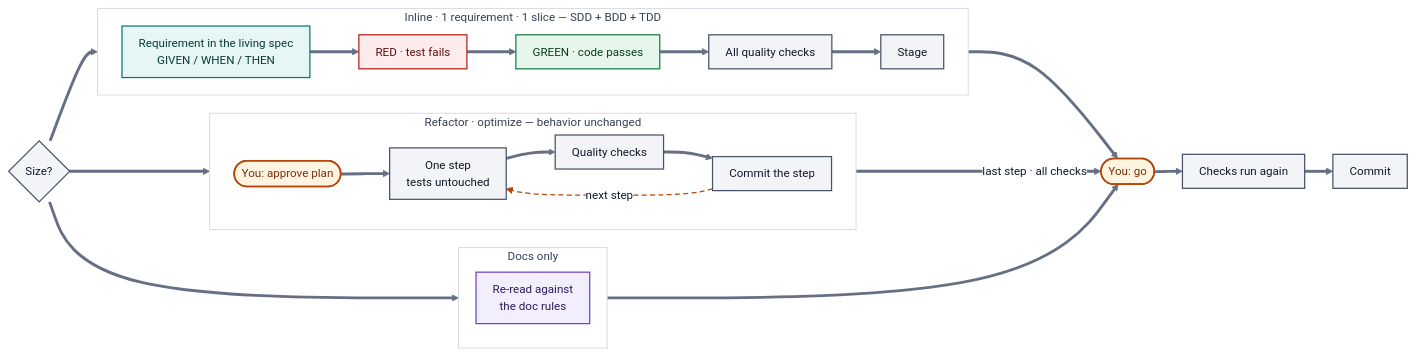
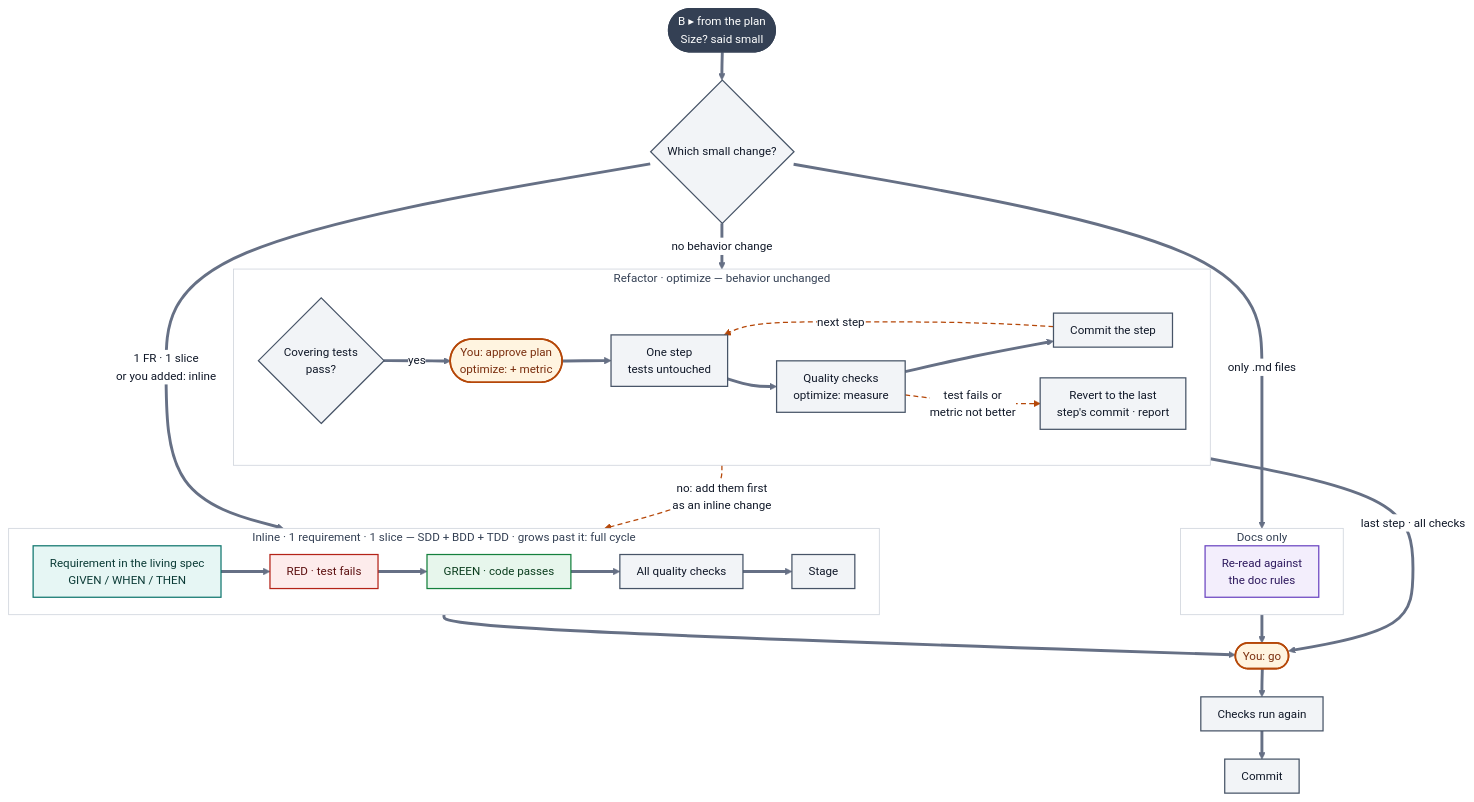
One commit to stevenhdz/spec-driven-development changed the third of 3 diagrams in README.md. Above: the diagram before and after it, drawn with Mermaid. The commit also changed other lines of this file, not shown here.

Commit message:
docs: flow diagrams show every side path and where each one continues

````diff
--- a/README.md
+++ b/README.md
@@ -165,41 +177,50 @@
 ```mermaid
 %%{init: {"theme": "base", "themeVariables": {"fontFamily": "-apple-system, BlinkMacSystemFont, Segoe UI, Noto Sans, Helvetica, Arial, sans-serif", "fontSize": "14px", "lineColor": "#667085", "primaryTextColor": "#101828", "clusterBkg": "#FFFFFF", "clusterBorder": "#D0D5DD", "edgeLabelBackground": "#FFFFFF", "titleColor": "#344054"}, "flowchart": {"curve": "basis", "nodeSpacing": 22, "rankSpacing": 34, "padding": 10}}}%%
-flowchart LR
-    SZ{"Size?"}:::auto
-    subgraph IN ["Inline · 1 requirement · 1 slice — SDD + BDD + TDD"]
+flowchart TB
+    FB(["B ▸ from the plan<br>Size? said small"]):::conn
+    SZ{"Which small change?"}:::auto
+    FB ==> SZ
+    subgraph IN ["Inline · 1 requirement · 1 slice — SDD + BDD + TDD · grows past it: full cycle"]
         direction LR
         E["Requirement in the living spec<br>GIVEN / WHEN / THEN"]:::bdd
         TR["RED · test fails"]:::red
         TG["GREEN · code passes"]:::green
         F["All quality checks"]:::auto
         FS["Stage"]:::auto
         E ==> TR ==> TG ==> F ==> FS
     end
     subgraph RF ["Refactor · optimize — behavior unchanged"]
         direction LR
-        RP(["You: approve plan"]):::human
+        RT{"Covering tests<br>pass?"}:::auto
+        RP(["You: approve plan<br>optimize: + metric"]):::human
         RS["One step<br>tests untouched"]:::auto
-        RC["Quality checks"]:::auto
+        RC["Quality checks<br>optimize: measure"]:::auto
         RK["Commit the step"]:::auto
-        RP ==> RS ==> RC ==> RK
+        RB["Revert to the last<br>step's commit · report"]:::auto
+        RT ==>|yes| RP ==> RS ==> RC ==> RK
         RK -.->|next step| RS
+        RC -.->|"test fails or<br>metric not better"| RB
     end
     subgraph DC ["Docs only"]
         DO["Re-read against<br>the doc rules"]:::sdd
     end
-    SZ ==> IN & RF & DC
+    SZ ==>|"1 FR · 1 slice<br>or you added: inline"| IN
+    SZ ==>|"no behavior change"| RF
+    SZ ==>|"only .md files"| DC
+    RT -.->|"no: add them first<br>as an inline change"| IN
     IN ==> G(["You: go"]):::human
     RF ==>|"last step · all checks"| G
     DC ==> G
     G ==> HK["Checks run again"]:::auto
     HK ==> K["Commit"]:::auto
     classDef research fill:#EAF0FB,stroke:#3B5BA9,stroke-width:1.5px,color:#1E2A44
     classDef sdd fill:#F3EEFC,stroke:#6B46C1,stroke-width:1.5px,color:#2E1A5E
     classDef bdd fill:#E6F6F4,stroke:#0F766E,stroke-width:1.5px,color:#0B3B36
     classDef red fill:#FDECEC,stroke:#B42318,stroke-width:1.5px,color:#5C1010
     classDef green fill:#E7F6EC,stroke:#15803D,stroke-width:1.5px,color:#0B3D1E
     classDef auto fill:#F2F4F7,stroke:#475467,stroke-width:1.5px,color:#101828
     classDef human fill:#FFF4E0,stroke:#B54708,stroke-width:2px,color:#7A2E0E
     classDef note fill:#FFFFFF,stroke:#B54708,stroke-width:1px,stroke-dasharray:4 3,color:#7A2E0E
-    linkStyle 7 stroke:#B54708,stroke-width:1.5px,stroke-dasharray:6 4
+    classDef conn fill:#344054,stroke:#344054,stroke-width:1.5px,color:#FFFFFF
+    linkStyle 9,10,14 stroke:#B54708,stroke-width:1.5px,stroke-dasharray:6 4
 ```
````
